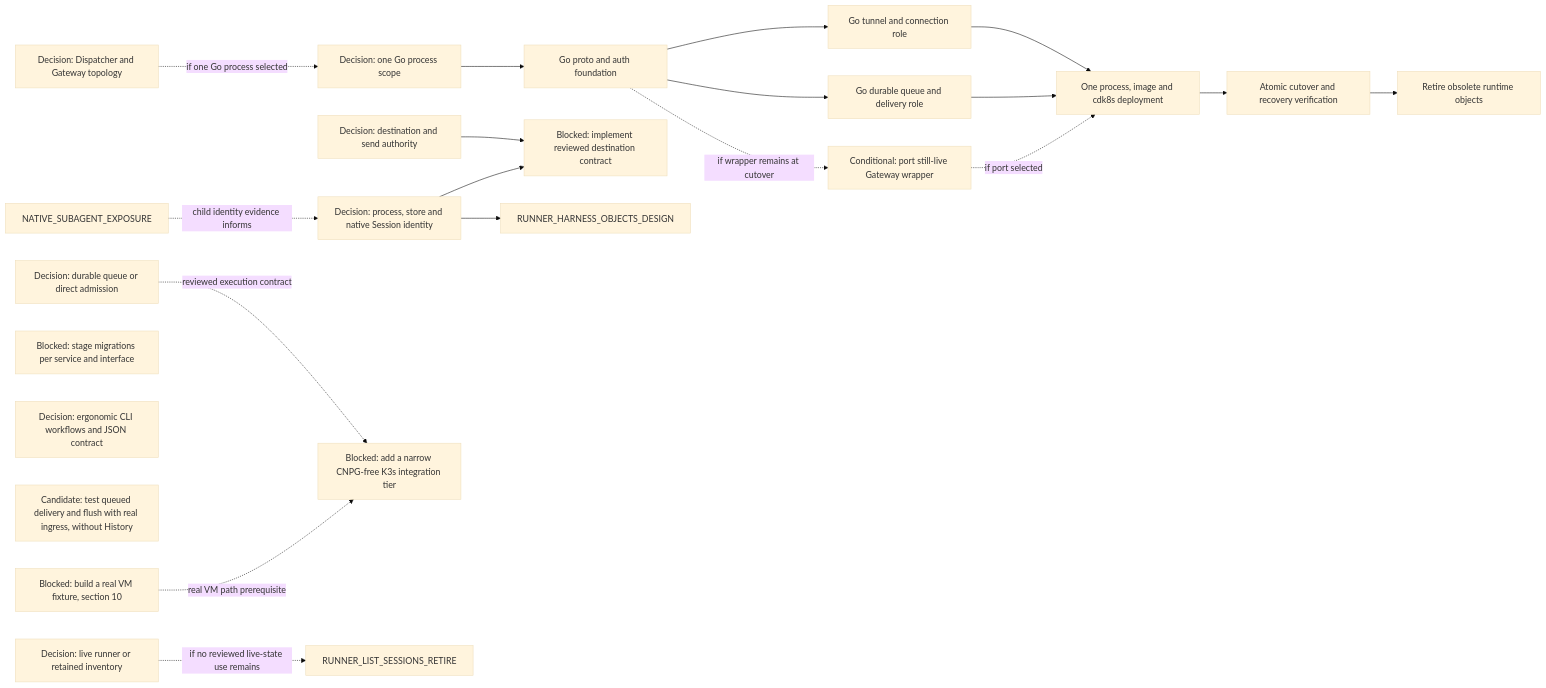
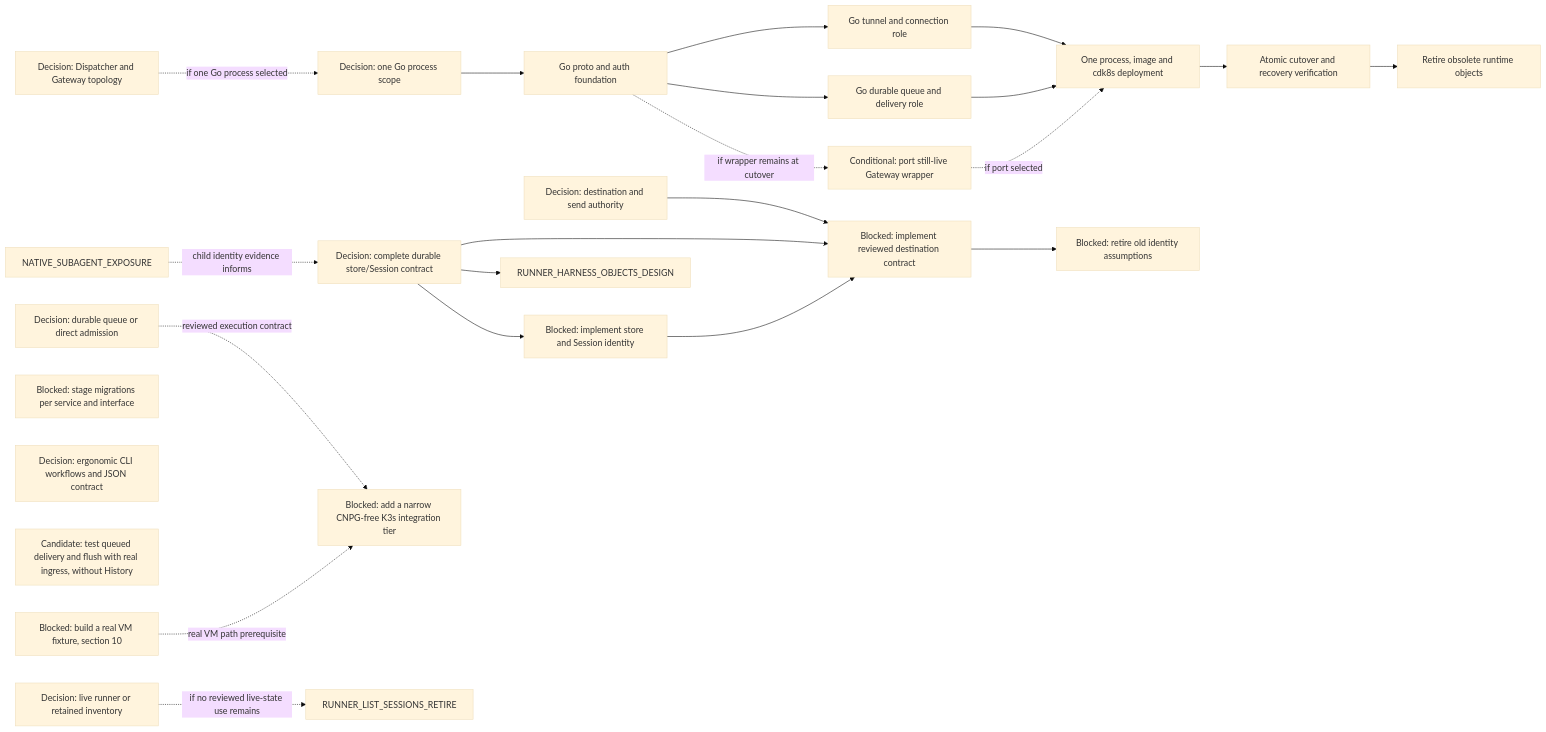
One commit to agentydragon/ducktape changed diagram 17 of 17 in agentplane/plans/task_dag.md. Above: the diagram before and after it, drawn with Mermaid (base theme). The commit also changed other lines of this file and 1 other file, not shown here.

Commit message:
docs(agentplane): specify durable store lifecycle and mapping gates

````diff
--- a/agentplane/plans/task_dag.md
+++ b/agentplane/plans/task_dag.md
@@ -1495,39 +1496,44 @@
 ```mermaid
 flowchart LR
     DISPATCHER_PERSISTENCE_MODEL_DESIGN[Decision: durable queue or direct admission]
     DISPATCHER_GATEWAY_TOPOLOGY_DESIGN[Decision: Dispatcher and Gateway topology]
     DELIVERY_UNIFICATION_SCOPE_DECISION[Decision: one Go process scope]
     DELIVERY_GO_PROTOCOL_AUTH[Go proto and auth foundation]
     DELIVERY_GO_GATEWAY[Go tunnel and connection role]
     DELIVERY_GO_DISPATCHER[Go durable queue and delivery role]
     DELIVERY_GO_LEGACY_WRAPPER[Conditional: port still-live Gateway wrapper]
     DELIVERY_GO_INTEGRATION[One process, image and cdk8s deployment]
     DELIVERY_UNIFIED_CUTOVER[Atomic cutover and recovery verification]
     DELIVERY_OLD_RUNTIME_RETIRE[Retire obsolete runtime objects]
     RUNNER_INVENTORY_AUTHORITY_DESIGN[Decision: live runner or retained inventory]
     DELIVERY_DESTINATION_AUTHORITY_DESIGN[Decision: destination and send authority]
     DELIVERY_DESTINATION_CONTRACT[Blocked: implement reviewed destination contract]
-    HARNESS_IDENTITY_DESIGN[Decision: process, store and native Session identity]
+    HARNESS_IDENTITY_DESIGN[Decision: complete durable store/Session contract]
+    RUNNER_STORE_SESSION_IDENTITY[Blocked: implement store and Session identity]
+    RUNNER_IDENTITY_LEGACY_CLEANUP[Blocked: retire old identity assumptions]
     SERVICE_API_TRANSPORT_MIGRATIONS[Blocked: stage migrations per service and interface]
     AGENT_API_TOOLING_DESIGN[Decision: ergonomic CLI workflows and JSON contract]
     RUNNER_DELIVERY_INGRESS_ACCEPTANCE[Candidate: test queued delivery and flush with real ingress, without History]
     CNPG_FREE_K3S_INTEGRATION_TIER[Blocked: add a narrow CNPG-free K3s integration tier]
     K3S_VM_IMAGE[Blocked: build a real VM fixture, section 10]
     DISPATCHER_GATEWAY_TOPOLOGY_DESIGN -. if one Go process selected .-> DELIVERY_UNIFICATION_SCOPE_DECISION
     DELIVERY_UNIFICATION_SCOPE_DECISION --> DELIVERY_GO_PROTOCOL_AUTH
     DELIVERY_GO_PROTOCOL_AUTH --> DELIVERY_GO_GATEWAY
     DELIVERY_GO_PROTOCOL_AUTH --> DELIVERY_GO_DISPATCHER
     DELIVERY_GO_PROTOCOL_AUTH -. if wrapper remains at cutover .-> DELIVERY_GO_LEGACY_WRAPPER
     DELIVERY_GO_GATEWAY --> DELIVERY_GO_INTEGRATION
     DELIVERY_GO_DISPATCHER --> DELIVERY_GO_INTEGRATION
     DELIVERY_GO_LEGACY_WRAPPER -. if port selected .-> DELIVERY_GO_INTEGRATION
     DELIVERY_GO_INTEGRATION --> DELIVERY_UNIFIED_CUTOVER
     DELIVERY_UNIFIED_CUTOVER --> DELIVERY_OLD_RUNTIME_RETIRE
     RUNNER_INVENTORY_AUTHORITY_DESIGN -. if no reviewed live-state use remains .-> RUNNER_LIST_SESSIONS_RETIRE
     DELIVERY_DESTINATION_AUTHORITY_DESIGN --> DELIVERY_DESTINATION_CONTRACT
     HARNESS_IDENTITY_DESIGN --> DELIVERY_DESTINATION_CONTRACT
+    HARNESS_IDENTITY_DESIGN --> RUNNER_STORE_SESSION_IDENTITY
+    RUNNER_STORE_SESSION_IDENTITY --> DELIVERY_DESTINATION_CONTRACT
+    DELIVERY_DESTINATION_CONTRACT --> RUNNER_IDENTITY_LEGACY_CLEANUP
     NATIVE_SUBAGENT_EXPOSURE -. child identity evidence informs .-> HARNESS_IDENTITY_DESIGN
     HARNESS_IDENTITY_DESIGN --> RUNNER_HARNESS_OBJECTS_DESIGN
     DISPATCHER_PERSISTENCE_MODEL_DESIGN -. reviewed execution contract .-> CNPG_FREE_K3S_INTEGRATION_TIER
     K3S_VM_IMAGE -. real VM path prerequisite .-> CNPG_FREE_K3S_INTEGRATION_TIER
 ```
````
